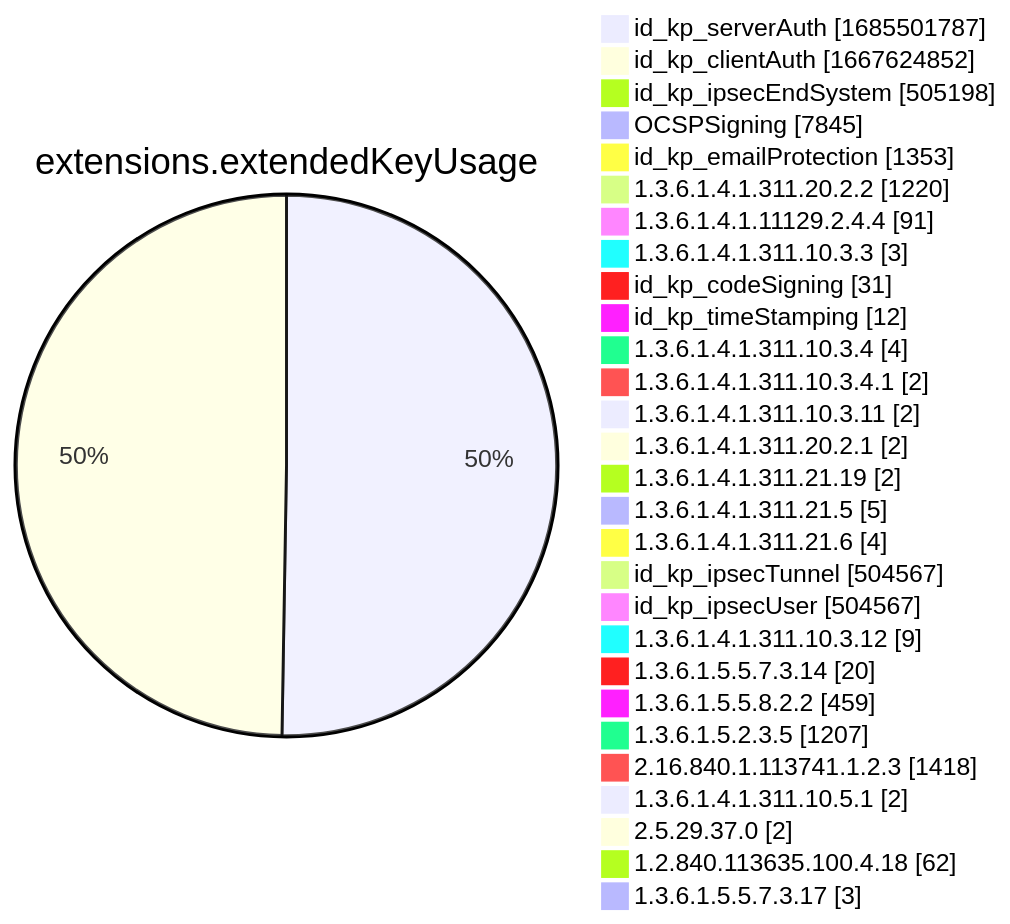
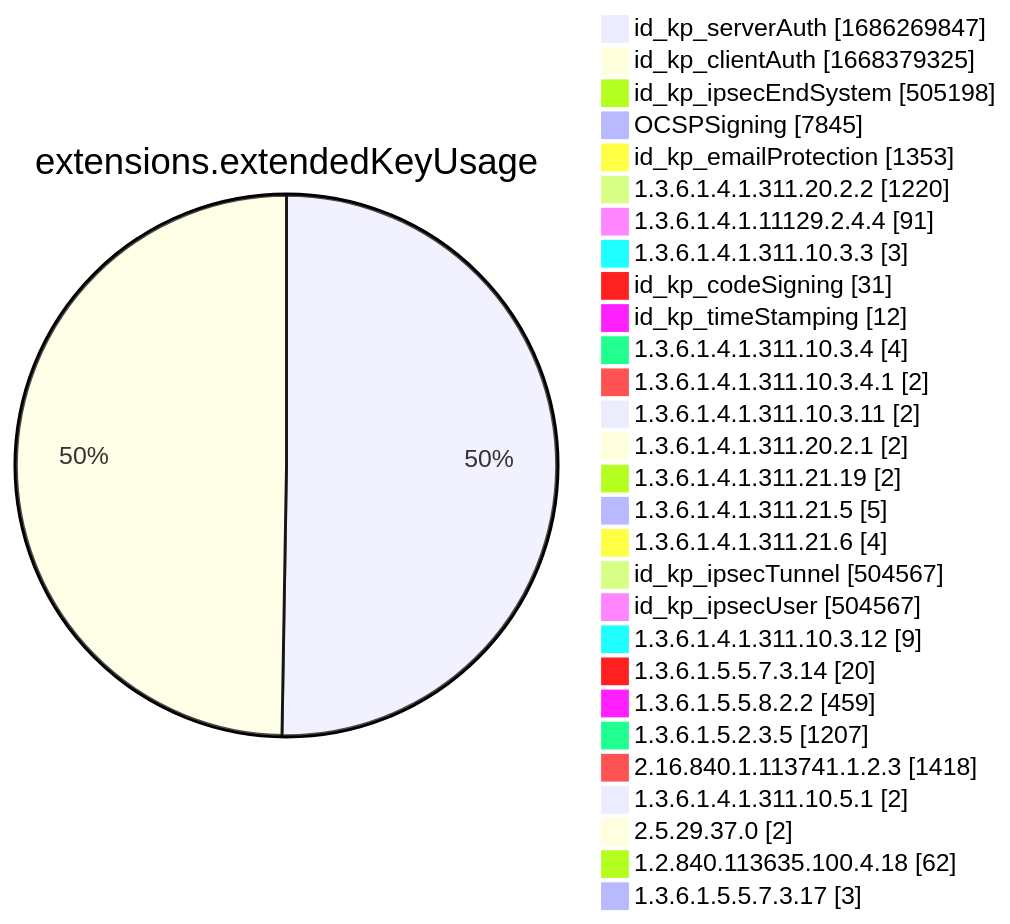
One commit to christiankrug/ctmonitor_visualization changed diagram 12 of 15 in xenon2022/README.md. Above: the diagram before and after it, drawn with Mermaid. The commit also changed other lines of this file, not shown here.

````diff
--- a/xenon2022/README.md
+++ b/xenon2022/README.md
@@ -3888,32 +3888,32 @@
 ```mermaid
 pie showData
 title extensions.extendedKeyUsage
-"id_kp_serverAuth" :1685501787
-"id_kp_clientAuth" :1667624852
+"id_kp_serverAuth" :1686269847
+"id_kp_clientAuth" :1668379325
 "id_kp_ipsecEndSystem" :505198
 "OCSPSigning" :7845
 "id_kp_emailProtection" :1353
 "1.3.6.1.4.1.311.20.2.2" :1220
 "1.3.6.1.4.1.11129.2.4.4" :91
 "1.3.6.1.4.1.311.10.3.3" :3
 "id_kp_codeSigning" :31
 "id_kp_timeStamping" :12
 "1.3.6.1.4.1.311.10.3.4" :4
 "1.3.6.1.4.1.311.10.3.4.1" :2
 "1.3.6.1.4.1.311.10.3.11" :2
 "1.3.6.1.4.1.311.20.2.1" :2
 "1.3.6.1.4.1.311.21.19" :2
 "1.3.6.1.4.1.311.21.5" :5
 "1.3.6.1.4.1.311.21.6" :4
 "id_kp_ipsecTunnel" :504567
 "id_kp_ipsecUser" :504567
 "1.3.6.1.4.1.311.10.3.12" :9
 "1.3.6.1.5.5.7.3.14" :20
 "1.3.6.1.5.5.8.2.2" :459
 "1.3.6.1.5.2.3.5" :1207
 "2.16.840.1.113741.1.2.3" :1418
 "1.3.6.1.4.1.311.10.5.1" :2
 "2.5.29.37.0" :2
 "1.2.840.113635.100.4.18" :62
 "1.3.6.1.5.5.7.3.17" :3
 ```
````
